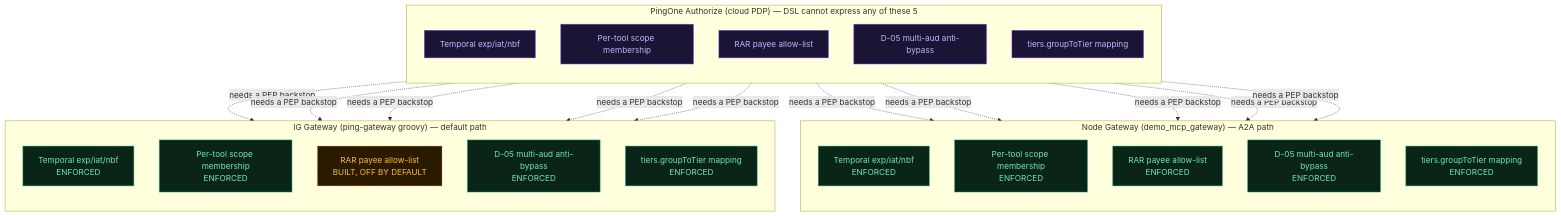
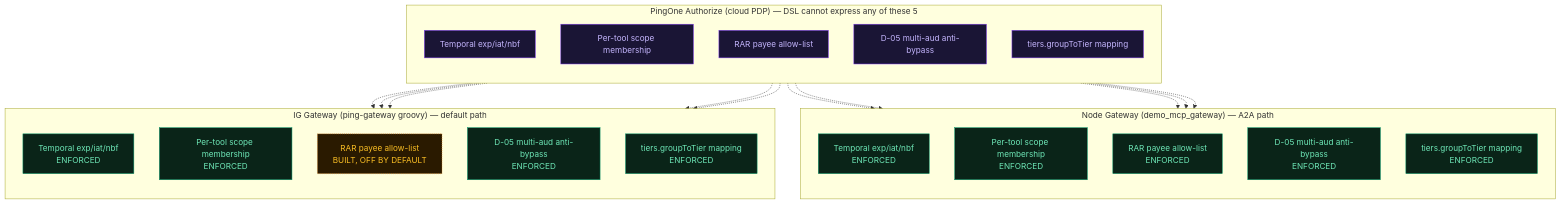
One commit to curtismu7/AI-DEMO2 changed the diagram in docs/gateway-enforcement-map.md. Above: the diagram before and after it, drawn with Mermaid. The commit also changed other lines of this file and 4 other files, not shown here.

First line of the commit message:
fix(diagrams): clarify the gateway-enforcement-map's dashed-arrow labels

````diff
--- a/docs/gateway-enforcement-map.md
+++ b/docs/gateway-enforcement-map.md
@@ -17,44 +23,44 @@
 ```mermaid
 flowchart TB
   subgraph P1AZ["PingOne Authorize (cloud PDP) — DSL cannot express any of these 5"]
     direction TB
     p_temporal["Temporal exp/iat/nbf"]
     p_scope["Per-tool scope membership"]
     p_rar["RAR payee allow-list"]
     p_d05["D-05 multi-aud anti-bypass"]
     p_tier["tiers.groupToTier mapping"]
   end
   subgraph NODE["Node Gateway (demo_mcp_gateway) — A2A path"]
     direction TB
     n_temporal["Temporal exp/iat/nbf<br/>ENFORCED"]
     n_scope["Per-tool scope membership<br/>ENFORCED"]
     n_rar["RAR payee allow-list<br/>ENFORCED"]
     n_d05["D-05 multi-aud anti-bypass<br/>ENFORCED"]
     n_tier["tiers.groupToTier mapping<br/>ENFORCED"]
   end
   subgraph GROOVY["IG Gateway (ping-gateway groovy) — default path"]
     direction TB
     g_temporal["Temporal exp/iat/nbf<br/>ENFORCED"]
     g_scope["Per-tool scope membership<br/>ENFORCED"]
     g_rar["RAR payee allow-list<br/>BUILT, OFF BY DEFAULT"]
     g_d05["D-05 multi-aud anti-bypass<br/>ENFORCED"]
     g_tier["tiers.groupToTier mapping<br/>ENFORCED"]
   end
-  p_temporal -.needs a PEP backstop.-> n_temporal
-  p_temporal -.needs a PEP backstop.-> g_temporal
-  p_scope -.needs a PEP backstop.-> n_scope
-  p_scope -.needs a PEP backstop.-> g_scope
-  p_rar -.needs a PEP backstop.-> n_rar
-  p_rar -.needs a PEP backstop.-> g_rar
-  p_d05 -.needs a PEP backstop.-> n_d05
-  p_d05 -.needs a PEP backstop.-> g_d05
-  p_tier -.needs a PEP backstop.-> n_tier
-  p_tier -.needs a PEP backstop.-> g_tier
+  p_temporal -.-> n_temporal
+  p_temporal -.-> g_temporal
+  p_scope -.-> n_scope
+  p_scope -.-> g_scope
+  p_rar -.-> n_rar
+  p_rar -.-> g_rar
+  p_d05 -.-> n_d05
+  p_d05 -.-> g_d05
+  p_tier -.-> n_tier
+  p_tier -.-> g_tier
   classDef gap fill:#1a1535,color:#c4b5fd,stroke:#7c3aed,stroke-width:1px
   classDef done fill:#0a2418,color:#6ee7b7,stroke:#059669,stroke-width:1px
   classDef pending fill:#2d0a0a,color:#fca5a5,stroke:#dc2626,stroke-width:1px,stroke-dasharray:4 4
   classDef flagged fill:#2a1a00,color:#fbbf24,stroke:#d97706,stroke-width:1px,stroke-dasharray:2 2
   class p_temporal,p_scope,p_rar,p_d05,p_tier gap
   class n_temporal,g_temporal,n_scope,g_scope,n_rar,n_d05,g_d05,n_tier,g_tier done
   class g_rar flagged
 ```
````
